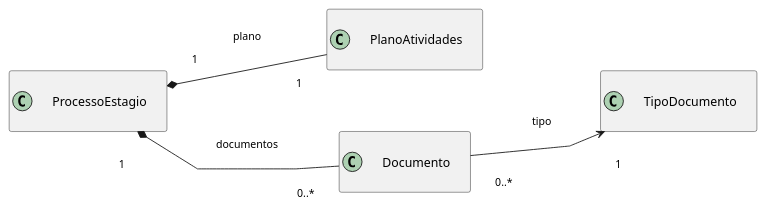
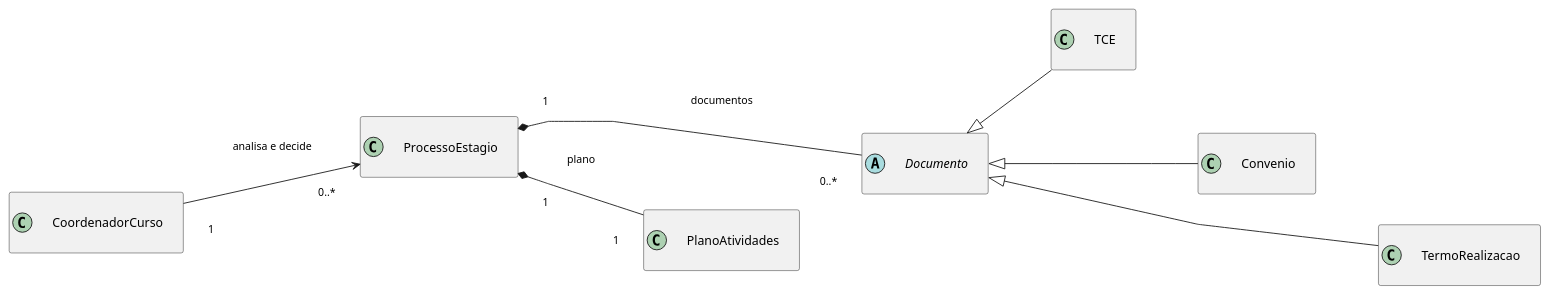
Before and after one commit to Projetos-de-Extensao/PBE_26.1_8002_I: the fifth of 8 diagrams in docs/Elaboracao/diagrma_de_classes.md, drawn with PlantUML. The commit also changed other lines of this file, not shown here.

Commit message:
docs: Correção e removção de classes no diagrama de classes

````diff
--- a/docs/Elaboracao/diagrma_de_classes.md
+++ b/docs/Elaboracao/diagrma_de_classes.md
@@ -197,23 +194,32 @@
 ```puml
 @startuml
 left to right direction
 hide empty members
 skinparam classAttributeIconSize 0
 skinparam linetype polyline
 skinparam nodesep 70
 skinparam ranksep 70
 skinparam Padding 20
 skinparam ArrowFontSize 12
 
 class ProcessoEstagio
 class PlanoAtividades
-class Documento
-class TipoDocumento
+abstract class Documento
+class TCE
+class Convenio
+class TermoRealizacao
+class CoordenadorCurso
 
 ProcessoEstagio "1" *-- "1" PlanoAtividades : plano
 ProcessoEstagio "1" *-- "0..*" Documento : documentos
-Documento "0..*" --> "1" TipoDocumento : tipo
+CoordenadorCurso "1" --> "0..*" ProcessoEstagio : analisa e decide
+Documento <|-- TCE
+Documento <|-- Convenio
+Documento <|-- TermoRealizacao
 
-PlanoAtividades -[hidden]down- TipoDocumento
+PlanoAtividades -[hidden]- Documento
+CoordenadorCurso -[hidden]- PlanoAtividades
+TCE -[hidden]- Convenio
+Convenio -[hidden]- TermoRealizacao
 @enduml
 ```
````
